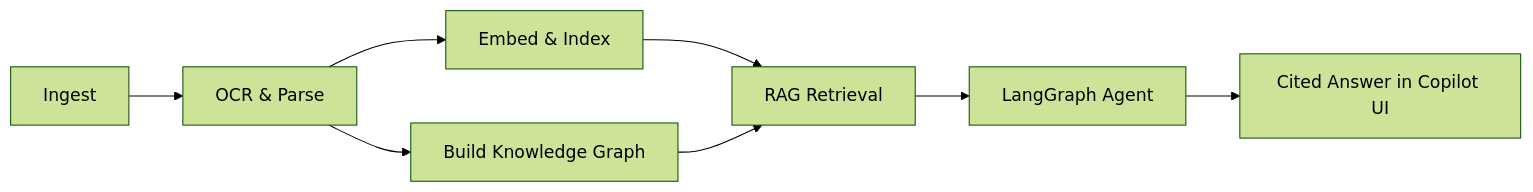
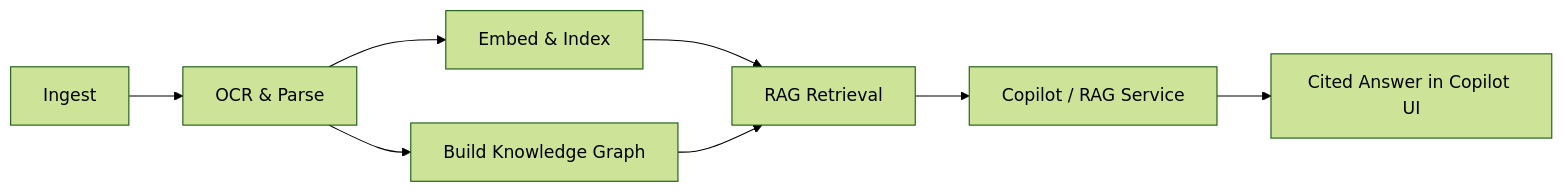
Before and after one commit to pratapVansh/TRACE: the third of 7 diagrams in docs/02_PRODUCT_REQUIREMENTS.md, drawn with Mermaid (forest theme). The commit also changed other lines of this file and 60 other files, not shown here.

````diff
--- a/docs/02_PRODUCT_REQUIREMENTS.md
+++ b/docs/02_PRODUCT_REQUIREMENTS.md
@@ -157,10 +167,10 @@
 ```mermaid
 flowchart LR
     A["Ingest"] --> B["OCR & Parse"]
     B --> C["Embed & Index"]
     B --> D["Build Knowledge Graph"]
     C --> E["RAG Retrieval"]
     D --> E
-    E --> F["LangGraph Agent"]
+    E --> F["Copilot / RAG Service"]
     F --> G["Cited Answer in Copilot UI"]
 ```
````
